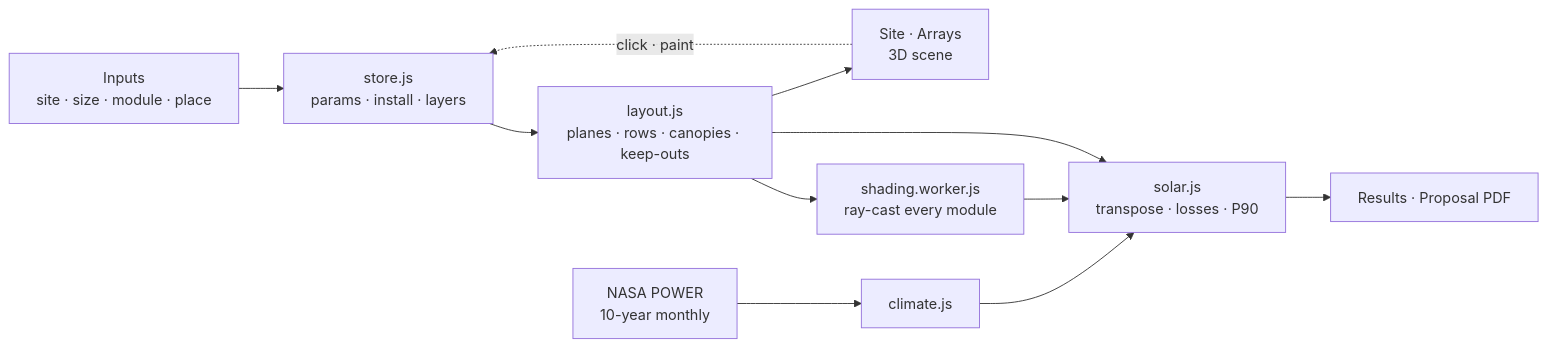
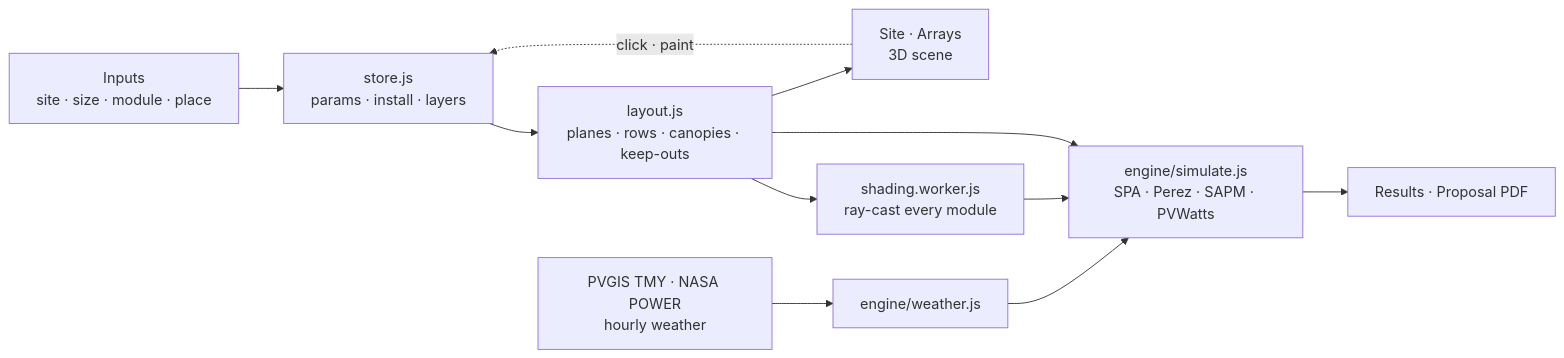
The diagram in README.md (ImliStack/SunPlot-3D), drawn with Mermaid before and after one commit. The commit also changed other lines of this file and 4 other files, not shown here.

Commit message:
Docs: validation report, known limitations, architecture and API/env, implementation summary; README accuracy and deploy notes

````diff
--- a/README.md
+++ b/README.md
@@ -353,13 +359,13 @@
 ```mermaid
 flowchart LR
     I["Inputs<br/>site · size · module · place"] --> S["store.js<br/>params · install · layers"]
     S --> L["layout.js<br/>planes · rows · canopies · keep-outs"]
     L --> V["Site · Arrays<br/>3D scene"]
     L --> W["shading.worker.js<br/>ray-cast every module"]
-    N["NASA POWER<br/>10-year monthly"] --> C["climate.js"]
-    C --> Y["solar.js<br/>transpose · losses · P90"]
+    N["PVGIS TMY · NASA POWER<br/>hourly weather"] --> C["engine/weather.js"]
+    C --> Y["engine/simulate.js<br/>SPA · Perez · SAPM · PVWatts"]
     W --> Y
     L --> Y
     Y --> R["Results · Proposal PDF"]
     V -.->|"click · paint"| S
 ```
````
